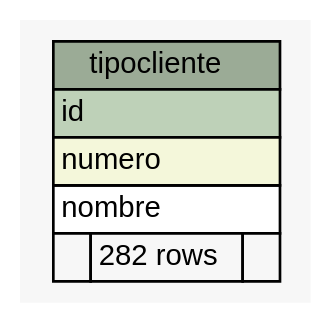
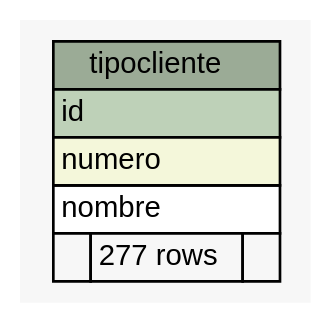
The diagram in postgresql/schemaSpy/salida/diagrams/summary/tipocliente.1degree.dot (diegopablomansilla/massoftware_front), drawn with Graphviz before and after one commit. The commit also changed 546 other files, not shown here.

```diff
--- a/postgresql/schemaSpy/salida/diagrams/summary/tipocliente.1degree.dot
+++ b/postgresql/schemaSpy/salida/diagrams/summary/tipocliente.1degree.dot
@@ -1,32 +1,32 @@
 // dot 2.2.1 on Windows 10 10.0
 // SchemaSpy rev 590
 digraph "tipocliente" {
   graph [
     rankdir="RL"
     bgcolor="#f7f7f7"
     nodesep="0.18"
     ranksep="0.46"
     fontname="Helvetica"
     fontsize="11"
   ];
   node [
     fontname="Helvetica"
     fontsize="11"
     shape="plaintext"
   ];
   edge [
     arrowsize="0.8"
   ];
   "tipocliente" [
     label=<
     <TABLE BORDER="0" CELLBORDER="1" CELLSPACING="0" BGCOLOR="#ffffff">
       <TR><TD COLSPAN="3" BGCOLOR="#9bab96" ALIGN="CENTER">tipocliente</TD></TR>
       <TR><TD PORT="id" COLSPAN="3" BGCOLOR="#bed1b8" ALIGN="LEFT">id</TD></TR>
       <TR><TD PORT="numero" COLSPAN="3" BGCOLOR="#f4f7da" ALIGN="LEFT">numero</TD></TR>
       <TR><TD PORT="nombre" COLSPAN="3" ALIGN="LEFT">nombre</TD></TR>
-      <TR><TD ALIGN="LEFT" BGCOLOR="#f7f7f7">  </TD><TD ALIGN="RIGHT" BGCOLOR="#f7f7f7">282 rows</TD><TD ALIGN="RIGHT" BGCOLOR="#f7f7f7">  </TD></TR>
+      <TR><TD ALIGN="LEFT" BGCOLOR="#f7f7f7">  </TD><TD ALIGN="RIGHT" BGCOLOR="#f7f7f7">277 rows</TD><TD ALIGN="RIGHT" BGCOLOR="#f7f7f7">  </TD></TR>
     </TABLE>>
     URL="tables/tipocliente.html"
     tooltip="tipocliente"
   ];
 }
```
